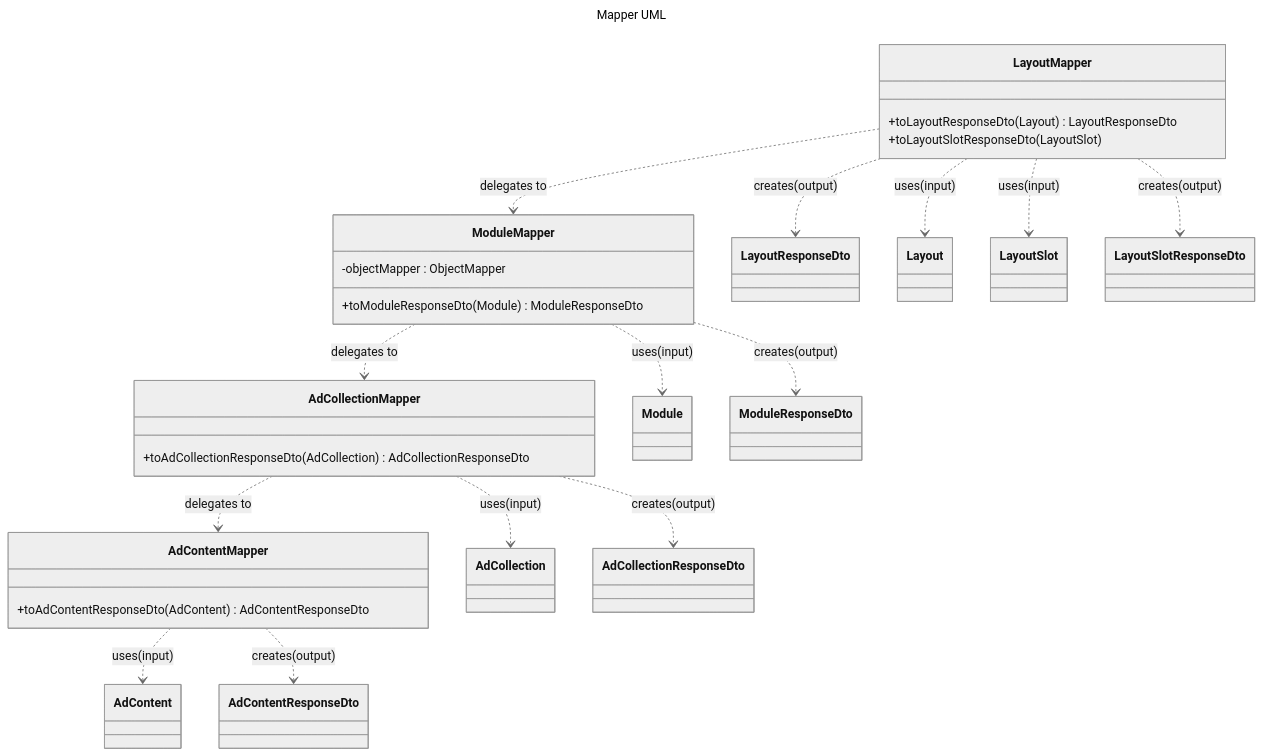
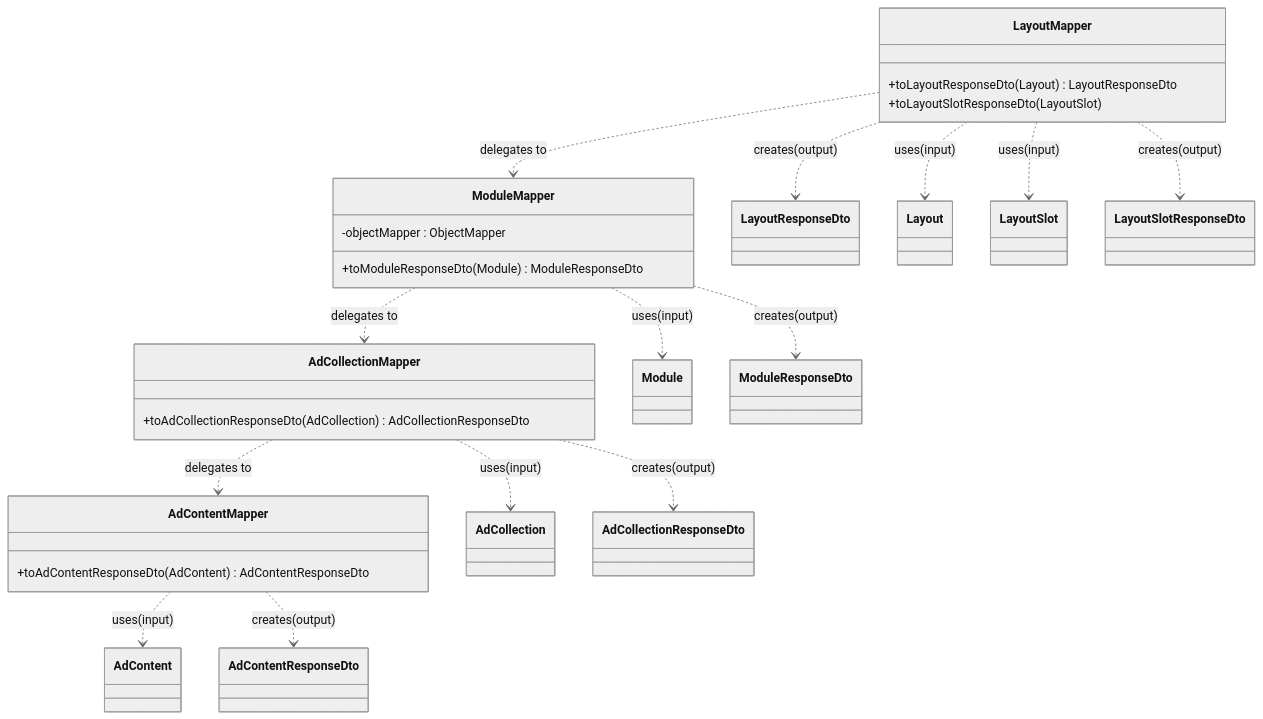
One commit to smaaa001/cs410-digital-signage changed the sixth of 7 diagrams in backend/README.md. Above: the diagram before and after it, drawn with Mermaid (neutral theme). The commit also changed other lines of this file, not shown here.

Commit message:
UML Diagram: Module Management System

````diff
--- a/backend/README.md
+++ b/backend/README.md
@@ -527,51 +527,48 @@
 ```mermaid
----
-title: Mapper UML
----
 
 classDiagram
     class AdContent{ }
     class AdContentResponseDto { }
     class AdContentMapper{
         +toAdContentResponseDto(AdContent) AdContentResponseDto
     }
     
     AdContentMapper ..> AdContent : uses(input)
     AdContentMapper ..> AdContentResponseDto : creates(output)
     
     class AdCollection { }
     class AdCollectionMapper{
         +toAdCollectionResponseDto(AdCollection) AdCollectionResponseDto
     }
     
     AdCollectionMapper ..> AdCollection : uses(input)
     AdCollectionMapper ..> AdContentMapper : delegates to
     AdCollectionMapper ..> AdCollectionResponseDto : creates(output)
     
     class Module { }
     class ModuleResponseDto { }
     class ModuleMapper{
         -objectMapper : ObjectMapper
         +toModuleResponseDto(Module) ModuleResponseDto
     }
     
     ModuleMapper ..> Module : uses(input)
     ModuleMapper ..> AdCollectionMapper : delegates to
     ModuleMapper ..> ModuleResponseDto : creates(output)
     
     class LayoutResponseDto { }
     class Layout { }
     class LayoutSlot { }
     class LayoutSlotResponseDto { }
     class LayoutMapper{
         +toLayoutResponseDto(Layout) LayoutResponseDto
         +toLayoutSlotResponseDto(LayoutSlot)
     }
     
     LayoutMapper ..> Layout : uses(input)
     LayoutMapper ..> LayoutResponseDto : creates(output)
     LayoutMapper ..> ModuleMapper : delegates to
     LayoutMapper ..> LayoutSlot : uses(input)
     LayoutMapper ..> LayoutSlotResponseDto : creates(output)
 
 ```
````
